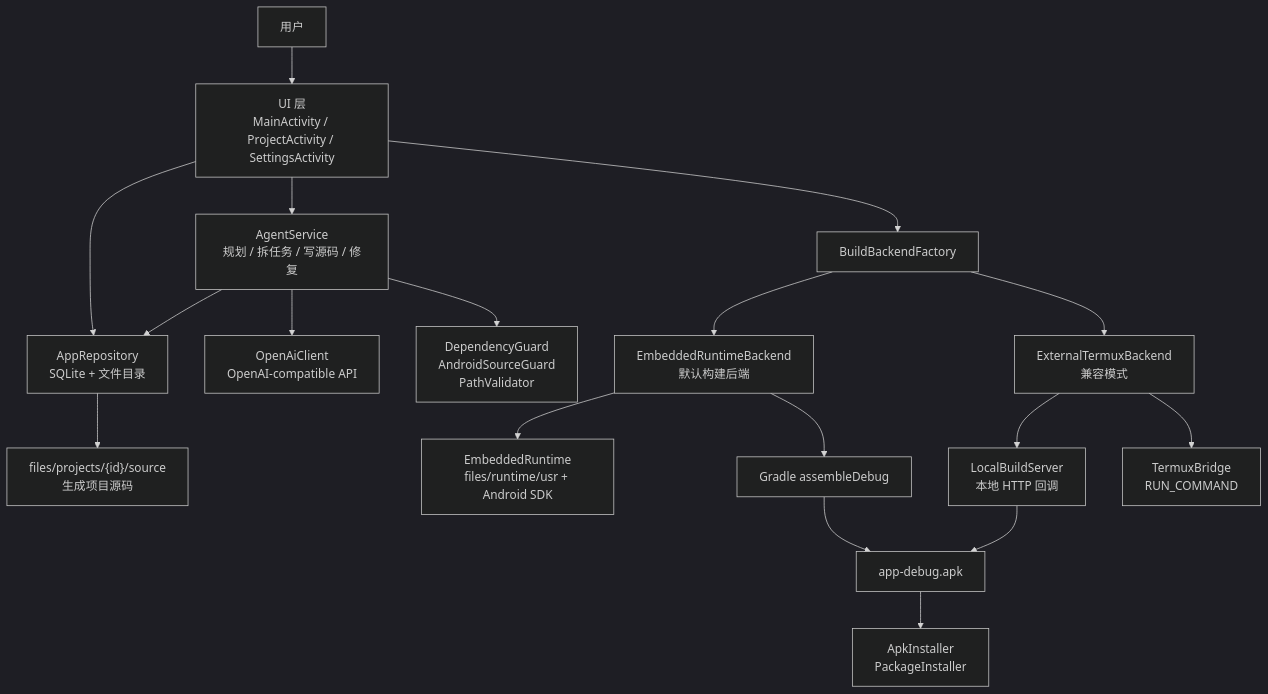
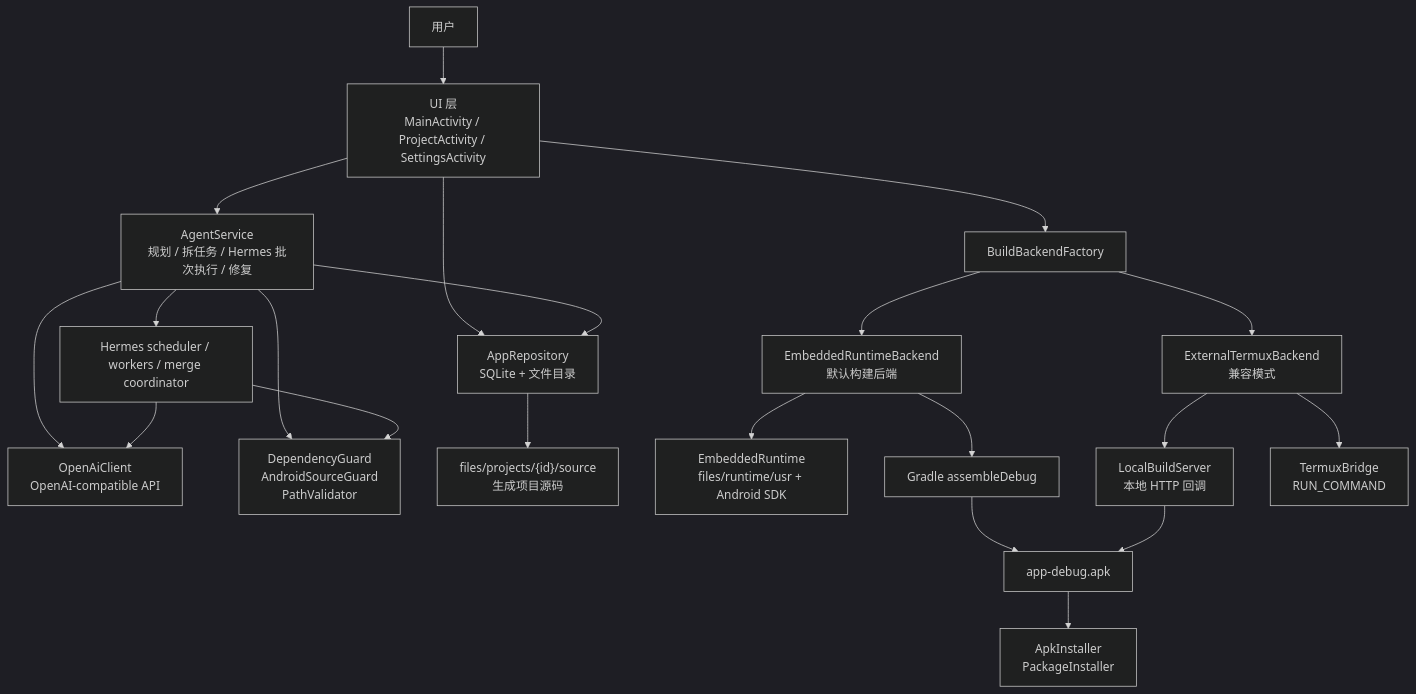
The diagram in docs/ai-context/01-架构.md (losingline-work/androidbuilder), drawn with Mermaid (dark theme) before and after one commit. The commit also changed other lines of this file and 18 other files, not shown here.

````diff
--- a/docs/ai-context/01-架构.md
+++ b/docs/ai-context/01-架构.md
@@ -5,20 +5,23 @@
 ```mermaid
 flowchart TD
     User["用户"] --> UI["UI 层\nMainActivity / ProjectActivity / SettingsActivity"]
     UI --> Repo["AppRepository\nSQLite + 文件目录"]
-    UI --> Agent["AgentService\n规划 / 拆任务 / 写源码 / 修复"]
+    UI --> Agent["AgentService\n规划 / 拆任务 / Hermes 批次执行 / 修复"]
     Agent --> Model["OpenAiClient\nOpenAI-compatible API"]
+    Agent --> Hermes["Hermes scheduler / workers / merge coordinator"]
     Agent --> Guards["DependencyGuard\nAndroidSourceGuard\nPathValidator"]
+    Hermes --> Model
+    Hermes --> Guards
     Agent --> Repo
     Repo --> Source["files/projects/{id}/source\n生成项目源码"]
     UI --> BackendFactory["BuildBackendFactory"]
     BackendFactory --> Embedded["EmbeddedRuntimeBackend\n默认构建后端"]
     BackendFactory --> Termux["ExternalTermuxBackend\n兼容模式"]
     Embedded --> Runtime["EmbeddedRuntime\nfiles/runtime/usr + Android SDK"]
     Embedded --> Gradle["Gradle assembleDebug"]
     Termux --> LocalServer["LocalBuildServer\n本地 HTTP 回调"]
     Termux --> TermuxBridge["TermuxBridge\nRUN_COMMAND"]
     Gradle --> Apk["app-debug.apk"]
     LocalServer --> Apk
     Apk --> Installer["ApkInstaller\nPackageInstaller"]
 ```
````
